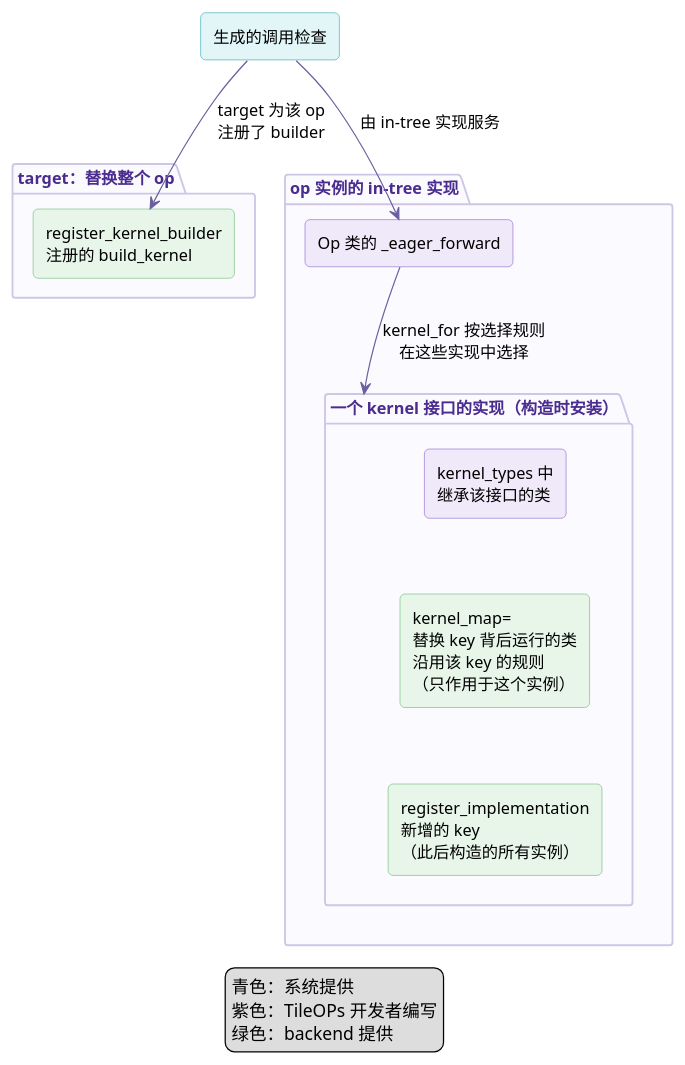
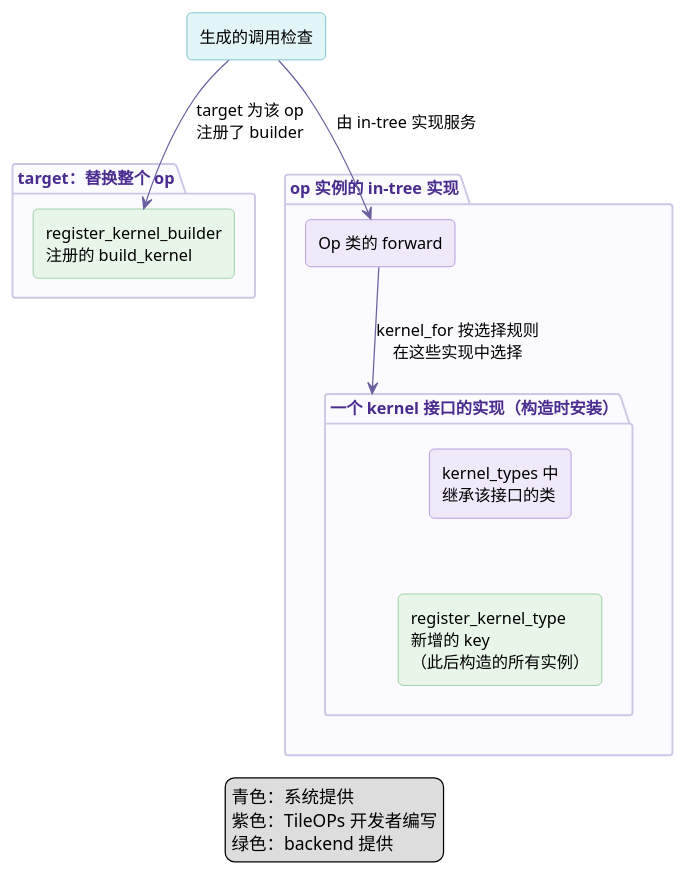
One commit to lcy-seso/TileOPs.github.io changed the diagram in figures/user-guide/dispatch/extension.zh.puml. Above: the diagram before and after it, drawn with PlantUML. The commit also changed 39 other files, not shown here.

```diff
--- a/figures/user-guide/dispatch/extension.zh.puml
+++ b/figures/user-guide/dispatch/extension.zh.puml
@@ -1,54 +1,52 @@
 @startuml extension
 skinparam defaultFontName "Noto Sans SC"
 skinparam defaultFontSize 13
 skinparam shadowing false
 skinparam ArrowColor #6B5FA0
 skinparam TitleFontColor #4A2C8F
 skinparam rectangle {
   RoundCorner 8
 }
 skinparam package {
   BorderColor #CFC6E6
   BackgroundColor #FBFAFE
   FontColor #4A2C8F
 }
 hide stereotype
 skinparam rectangle<<sys>> {
   BackgroundColor #E2F6F8
   BorderColor #3AA9B8
 }
 skinparam rectangle<<dev>> {
   BackgroundColor #EFE9FA
   BorderColor #8E6CCF
 }
 skinparam rectangle<<ext>> {
   BackgroundColor #E8F6EA
   BorderColor #6DBA7A
 }
 rectangle "生成的调用检查" as chk <<sys>>
 
 package "target：替换整个 op" {
   rectangle "register_kernel_builder\n注册的 build_kernel" as tgt <<ext>>
 }
 
 package "op 实例的 in-tree 实现" {
-  rectangle "Op 类的 _eager_forward" as body <<dev>>
+  rectangle "Op 类的 forward" as body <<dev>>
   package "一个 kernel 接口的实现（构造时安装）" as snap {
     rectangle "kernel_types 中\n继承该接口的类" as intree <<dev>>
-    rectangle "kernel_map=\n替换 key 背后运行的类\n沿用该 key 的规则\n（只作用于这个实例）" as repl <<ext>>
-    rectangle "register_implementation\n新增的 key\n（此后构造的所有实例）" as added <<ext>>
-    intree -[hidden]down- repl
-    repl -[hidden]down- added
+    rectangle "register_kernel_type\n新增的 key\n（此后构造的所有实例）" as added <<ext>>
+    intree -[hidden]down- added
   }
 }
 
 chk --> tgt : target 为该 op\n注册了 builder
 chk --> body : 由 in-tree 实现服务
 body --> snap : kernel_for 按选择规则\n在这些实现中选择
 
 legend bottom
   青色：系统提供
   紫色：TileOPs 开发者编写
   绿色：backend 提供
 endlegend
 @enduml
```
